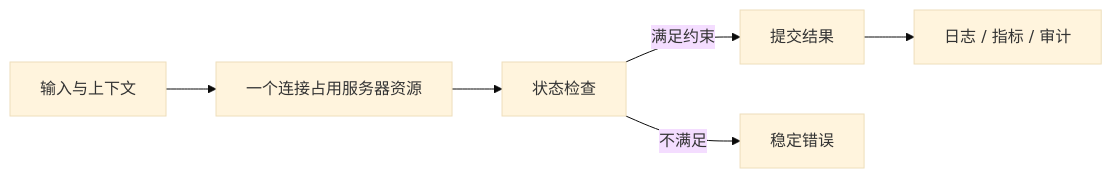
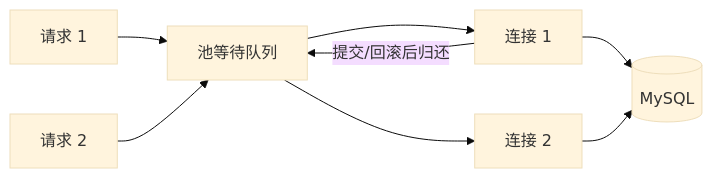
Before and after one commit to upJiang/jiang-blog-vitepress: the diagram in docs/backend/mysql-connection-pool-limits.md, drawn with Mermaid (base theme). The commit also changed other lines of this file and 341 other files, not shown here.

````diff
--- a/docs/backend/mysql-connection-pool-limits.md
+++ b/docs/backend/mysql-connection-pool-limits.md
@@ -34,8 +36,10 @@
 ```mermaid
 flowchart LR
-  A[输入与上下文] --> B[一个连接占用服务器资源]
-  B --> C[状态检查]
-  C -->|满足约束| D[提交结果]
-  C -->|不满足| E[稳定错误]
-  D --> F[日志 / 指标 / 审计]
+  R1[请求 1] --> WAIT[池等待队列]
+  R2[请求 2] --> WAIT
+  WAIT --> C1[连接 1]
+  WAIT --> C2[连接 2]
+  C1 --> MYSQL[(MySQL)]
+  C2 --> MYSQL
+  C1 -->|提交/回滚后归还| WAIT
 ```
````
